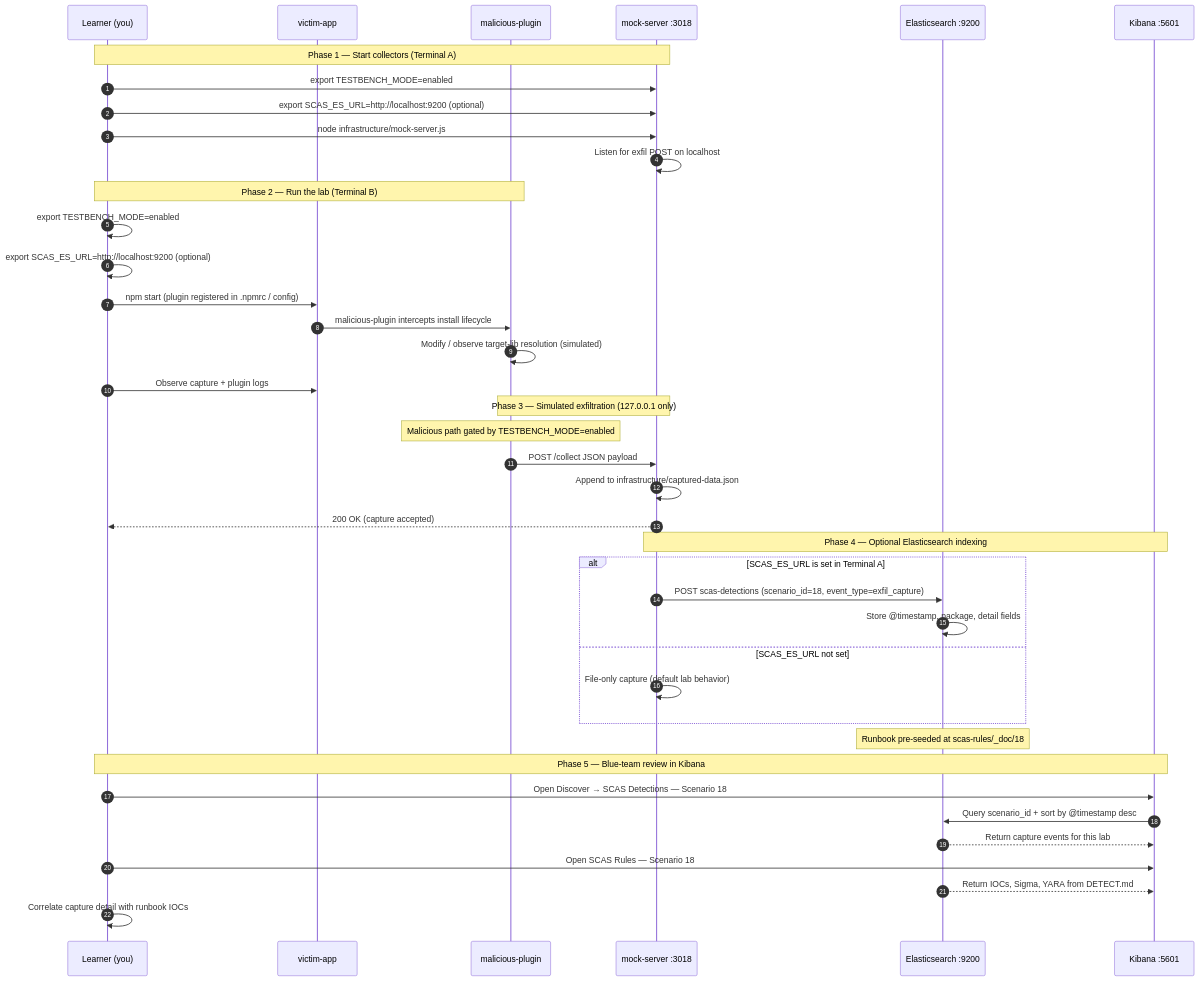
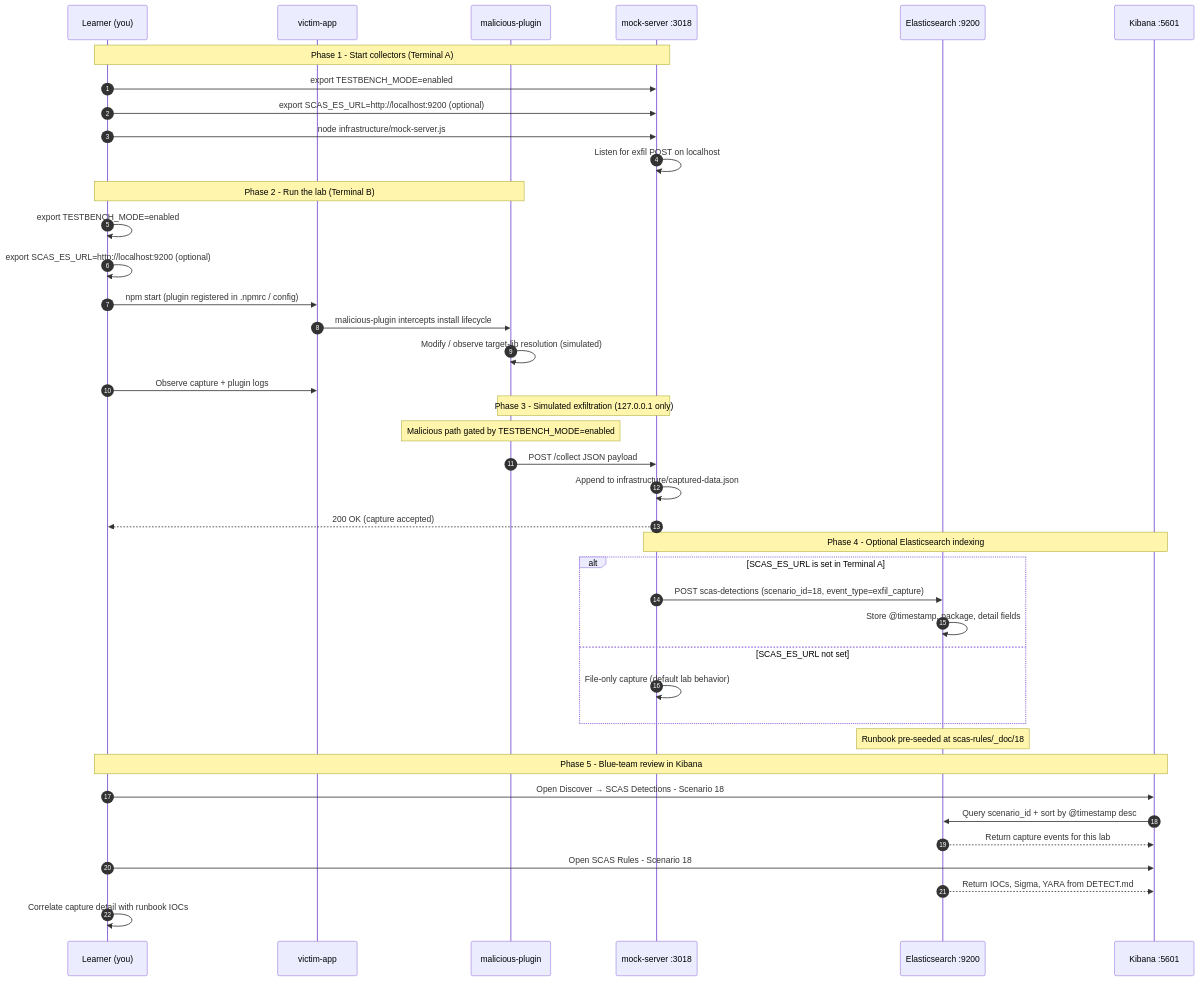
The diagram in documentation/scenario-guides/zero-to-hero/ZERO_TO_HERO_SCENARIO_18.md (RAJANAGORI/testbench), drawn with Mermaid before and after one commit. The commit also changed other lines of this file and 66 other files, not shown here.

````diff
--- a/documentation/scenario-guides/zero-to-hero/ZERO_TO_HERO_SCENARIO_18.md
+++ b/documentation/scenario-guides/zero-to-hero/ZERO_TO_HERO_SCENARIO_18.md
@@ -635,47 +635,47 @@
 ```mermaid
 sequenceDiagram
     autonumber
     participant Learner as Learner (you)
     participant Victim as victim-app
     participant MalPkg as malicious-plugin
     participant Mock as mock-server :3018
     participant ES as Elasticsearch :9200
     participant Kibana as Kibana :5601
 
-    Note over Learner,Mock: Phase 1 — Start collectors (Terminal A)
+    Note over Learner,Mock: Phase 1 - Start collectors (Terminal A)
     Learner->>Mock: export TESTBENCH_MODE=enabled
     Learner->>Mock: export SCAS_ES_URL=http://localhost:9200 (optional)
     Learner->>Mock: node infrastructure/mock-server.js
     Mock->>Mock: Listen for exfil POST on localhost
 
-    Note over Learner,MalPkg: Phase 2 — Run the lab (Terminal B)
+    Note over Learner,MalPkg: Phase 2 - Run the lab (Terminal B)
     Learner->>Learner: export TESTBENCH_MODE=enabled
     Learner->>Learner: export SCAS_ES_URL=http://localhost:9200 (optional)
     Learner->>Victim: npm start (plugin registered in .npmrc / config)
     Victim->>MalPkg: malicious-plugin intercepts install lifecycle
     MalPkg->>MalPkg: Modify / observe target-lib resolution (simulated)
     Learner->>Victim: Observe capture + plugin logs
 
-    Note over MalPkg,Mock: Phase 3 — Simulated exfiltration (127.0.0.1 only)
+    Note over MalPkg,Mock: Phase 3 - Simulated exfiltration (127.0.0.1 only)
     Note over MalPkg: Malicious path gated by TESTBENCH_MODE=enabled
     MalPkg->>Mock: POST /collect JSON payload
     Mock->>Mock: Append to infrastructure/captured-data.json
     Mock-->>Learner: 200 OK (capture accepted)
 
-    Note over Mock,Kibana: Phase 4 — Optional Elasticsearch indexing
+    Note over Mock,Kibana: Phase 4 - Optional Elasticsearch indexing
     alt SCAS_ES_URL is set in Terminal A
     Mock->>ES: POST scas-detections (scenario_id=18, event_type=exfil_capture)
     ES->>ES: Store @timestamp, package, detail fields
     else SCAS_ES_URL not set
     Mock->>Mock: File-only capture (default lab behavior)
     end
 
     Note over ES: Runbook pre-seeded at scas-rules/_doc/18
-    Note over Learner,Kibana: Phase 5 — Blue-team review in Kibana
-    Learner->>Kibana: Open Discover → SCAS Detections — Scenario 18
+    Note over Learner,Kibana: Phase 5 - Blue-team review in Kibana
+    Learner->>Kibana: Open Discover → SCAS Detections - Scenario 18
     Kibana->>ES: Query scenario_id + sort by @timestamp desc
     ES-->>Kibana: Return capture events for this lab
-    Learner->>Kibana: Open SCAS Rules — Scenario 18
+    Learner->>Kibana: Open SCAS Rules - Scenario 18
     ES-->>Kibana: Return IOCs, Sigma, YARA from DETECT.md
     Learner->>Learner: Correlate capture detail with runbook IOCs
 ```
````
